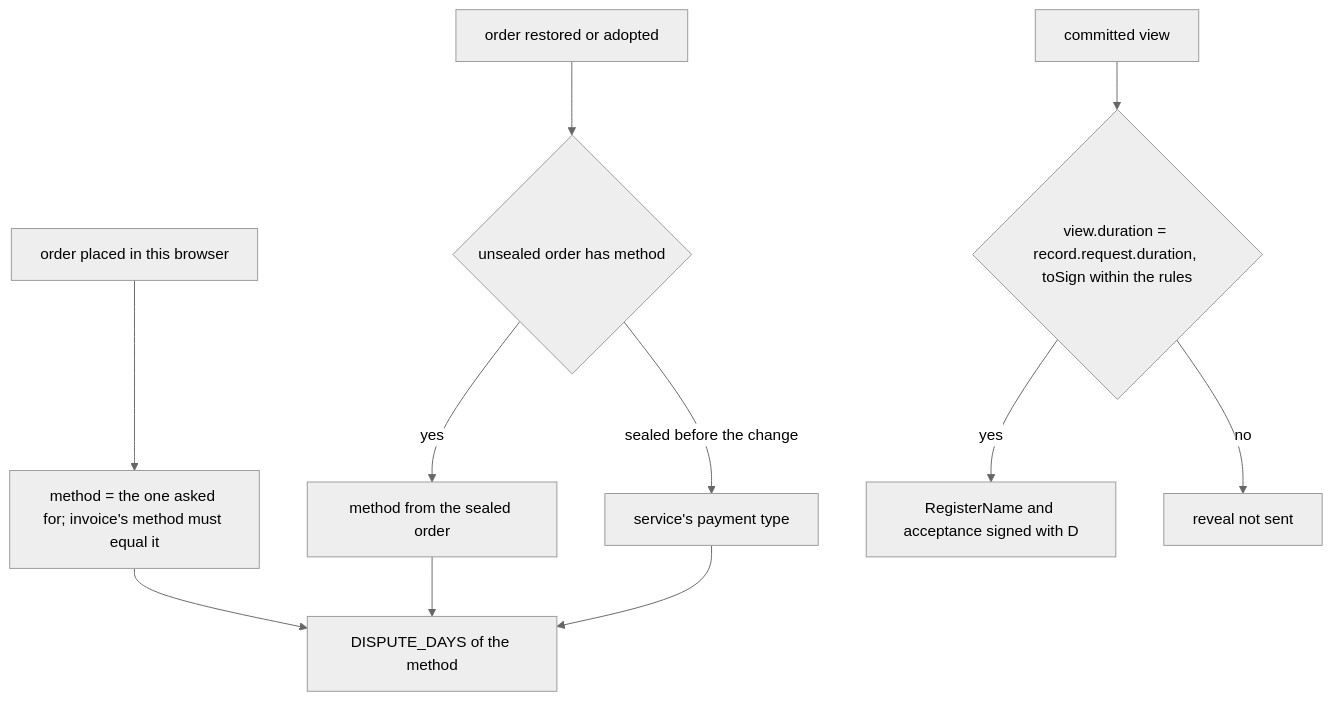
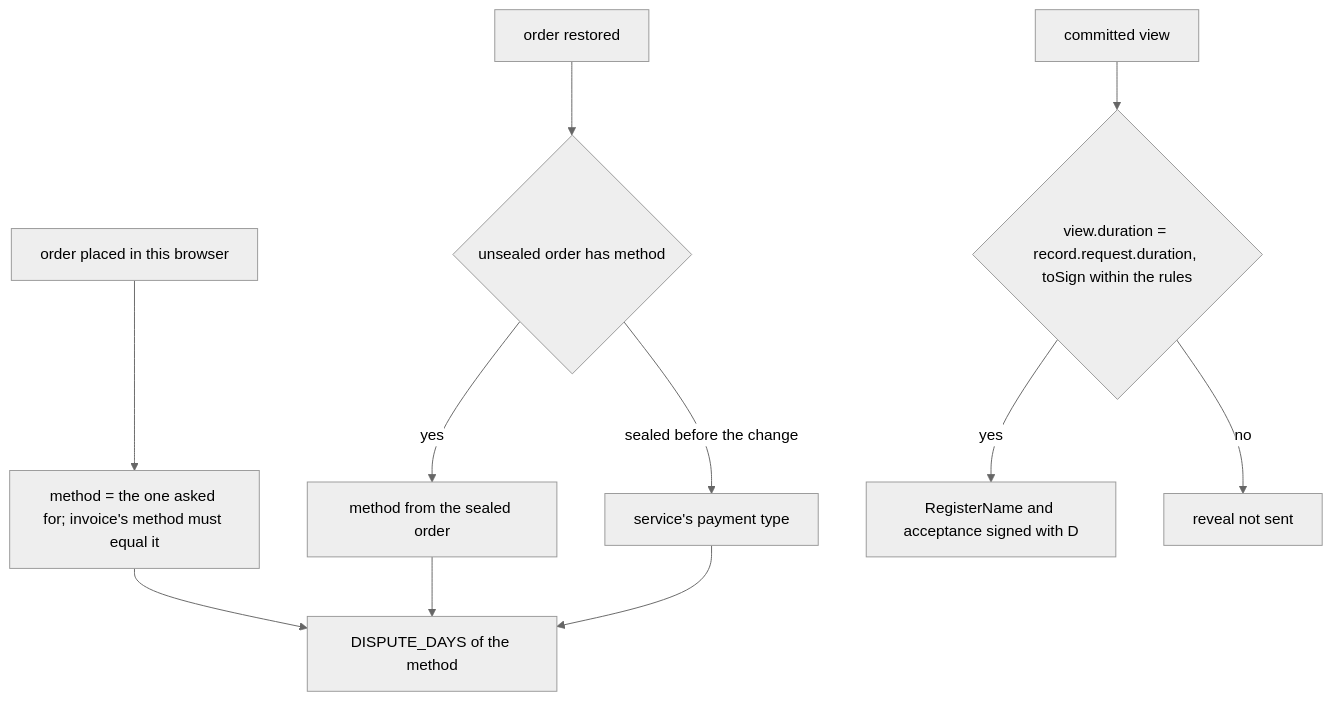
One commit to simplex-chat/simplex-chat changed the fourth of 10 diagrams in plans/2026-11-25-names-hardening.md. Above: the diagram before and after it, drawn with Mermaid (neutral theme). The commit also changed other lines of this file and 1 other file, not shown here.

````diff
--- a/plans/2026-11-25-names-hardening.md
+++ b/plans/2026-11-25-names-hardening.md
@@ -320,13 +326,13 @@
 ```mermaid
 flowchart TD
   O[order placed in this browser] --> M1[method = the one asked for; invoice's method must equal it]
-  R[order restored or adopted] --> U{unsealed order has method}
+  R[order restored] --> U{unsealed order has method}
   U -->|yes| M2[method from the sealed order]
   U -->|sealed before the change| M3[service's payment type]
   M1 --> D[DISPUTE_DAYS of the method]
   M2 --> D
   M3 --> D
   V[committed view] --> T{view.duration = record.request.duration, toSign within the rules}
   T -->|yes| S[RegisterName and acceptance signed with D]
   T -->|no| N[reveal not sent]
 ```
````
